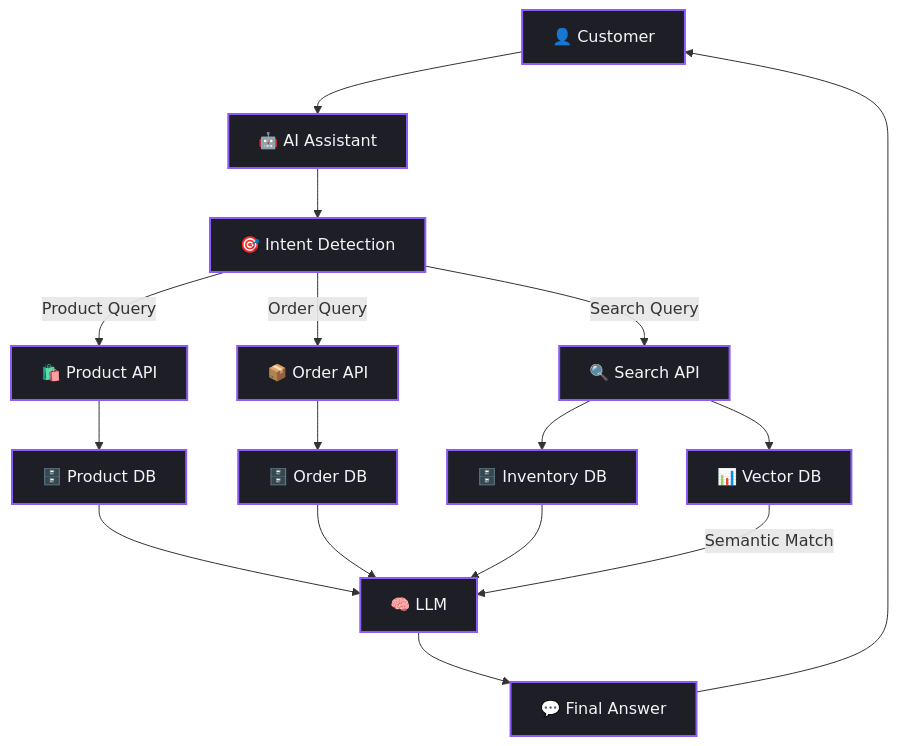
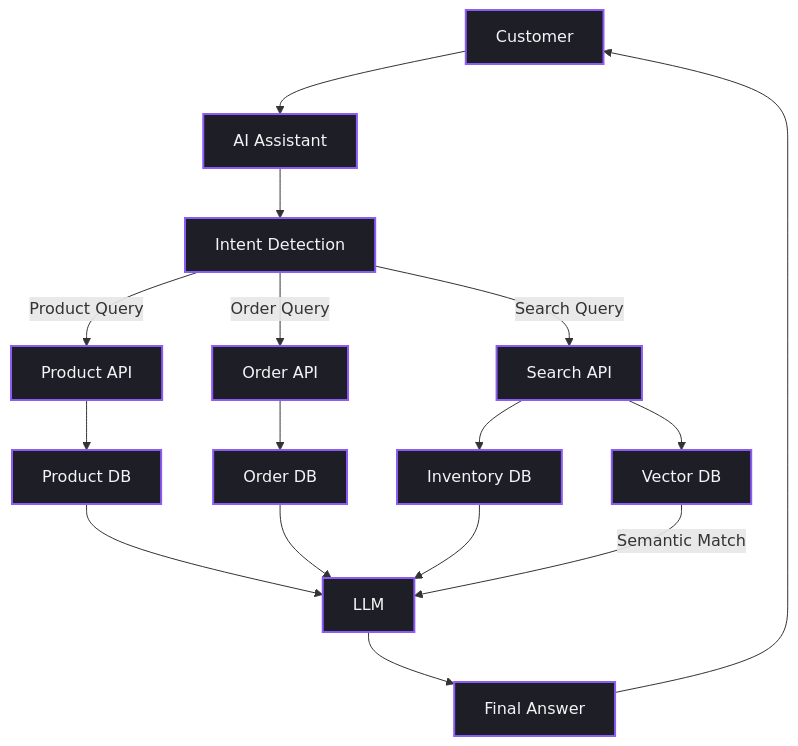
Before and after one commit to Rabetul-islam-asif/AI-Hand-Book: the second of 7 diagrams in handbook/chapter_33.md, drawn with Mermaid. The commit also changed other lines of this file and 1 other file, not shown here.

````diff
--- a/handbook/chapter_33.md
+++ b/handbook/chapter_33.md
@@ -54,20 +54,20 @@
 ```mermaid
 flowchart TD
-    A["👤 Customer"] --> B["🤖 AI Assistant"]
-    B --> C["🎯 Intent Detection"]
-    C -->|"Product Query"| D["🛍️ Product API"]
-    C -->|"Order Query"| E["📦 Order API"]
-    C -->|"Search Query"| F["🔍 Search API"]
-    D --> G["🗄️ Product DB"]
-    E --> H["🗄️ Order DB"]
-    F --> I["🗄️ Inventory DB"]
-    F --> J["📊 Vector DB"]
-    J -->|"Semantic Match"| K["🧠 LLM"]
+    A[" Customer"] --> B[" AI Assistant"]
+    B --> C[" Intent Detection"]
+    C -->|"Product Query"| D[" Product API"]
+    C -->|"Order Query"| E[" Order API"]
+    C -->|"Search Query"| F[" Search API"]
+    D --> G[" Product DB"]
+    E --> H[" Order DB"]
+    F --> I[" Inventory DB"]
+    F --> J[" Vector DB"]
+    J -->|"Semantic Match"| K[" LLM"]
     G --> K
     H --> K
     I --> K
-    K --> L["💬 Final Answer"]
+    K --> L[" Final Answer"]
     L --> A
 
     classDef default fill:#1E1E26,stroke:#8B5CF6,stroke-width:2px,color:#F3F4F6;
 ```
````
